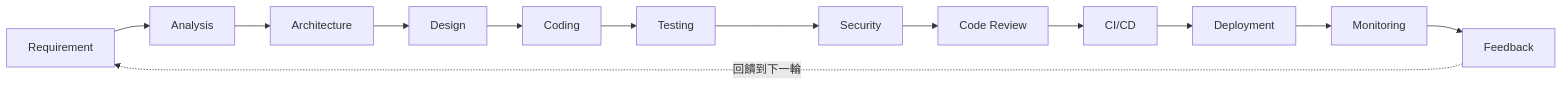
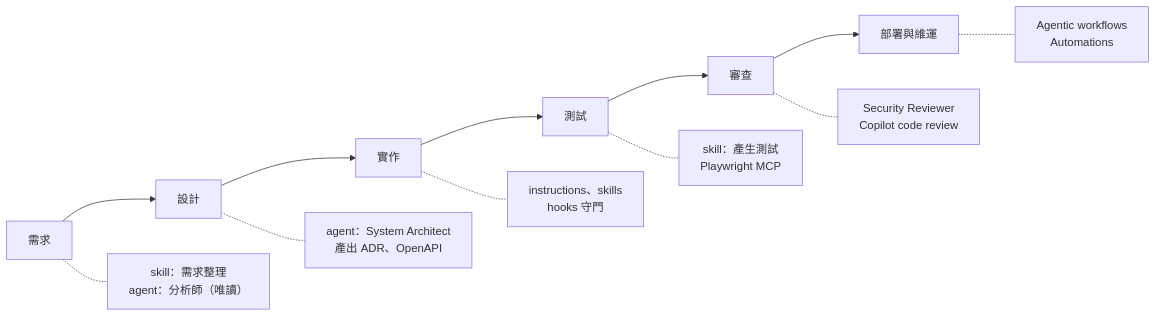
One commit to chihhung/Blog changed diagram 13 of 18 in content/posts/教學/AI開發/awesome-copilot教學手冊.md. Above: the diagram before and after it, drawn with Mermaid. The commit also changed other lines of this file and 1 other file, not shown here.

Commit message:
docs: update awesome-copilot and Github Repositories教學手冊

````diff
--- a/content/posts/教學/AI開發/awesome-copilot教學手冊.md
+++ b/content/posts/教學/AI開發/awesome-copilot教學手冊.md
@@ -3435,15 +3731,10 @@
 ```mermaid
-graph LR
-    A["Requirement"] --> B["Analysis"]
-    B --> C["Architecture"]
-    C --> D["Design"]
-    D --> E["Coding"]
-    E --> F["Testing"]
-    F --> G["Security"]
-    G --> H["Code Review"]
-    H --> I["CI/CD"]
-    I --> J["Deployment"]
-    J --> K["Monitoring"]
-    K --> L["Feedback"]
-    L -.->|"回饋到下一輪"| A
+flowchart LR
+    R["需求"] --> D["設計"] --> I["實作"] --> T["測試"] --> V["審查"] --> O["部署與維運"]
+    R -.- r1["skill：需求整理<br/>agent：分析師（唯讀）"]
+    D -.- d1["agent：System Architect<br/>產出 ADR、OpenAPI"]
+    I -.- i1["instructions、skills<br/>hooks 守門"]
+    T -.- t1["skill：產生測試<br/>Playwright MCP"]
+    V -.- v1["Security Reviewer<br/>Copilot code review"]
+    O -.- o1["Agentic workflows<br/>Automations"]
 ```
````
